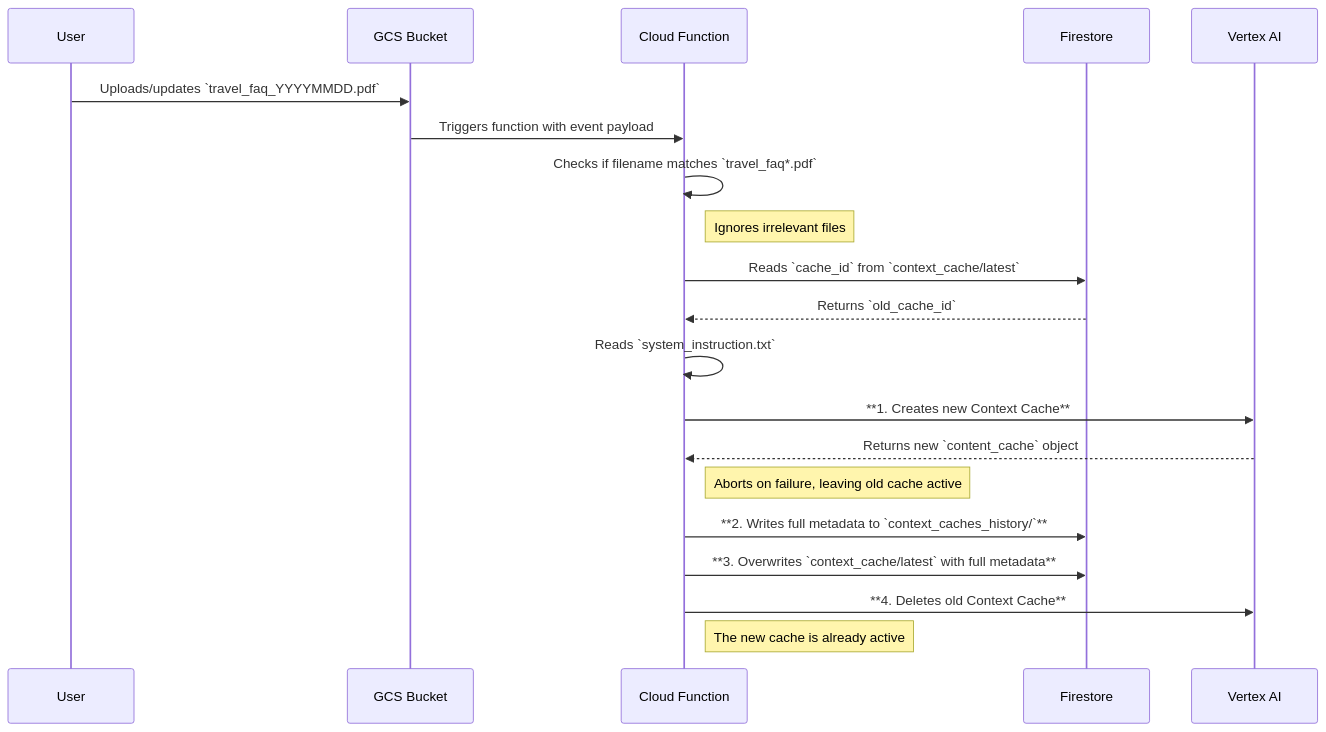
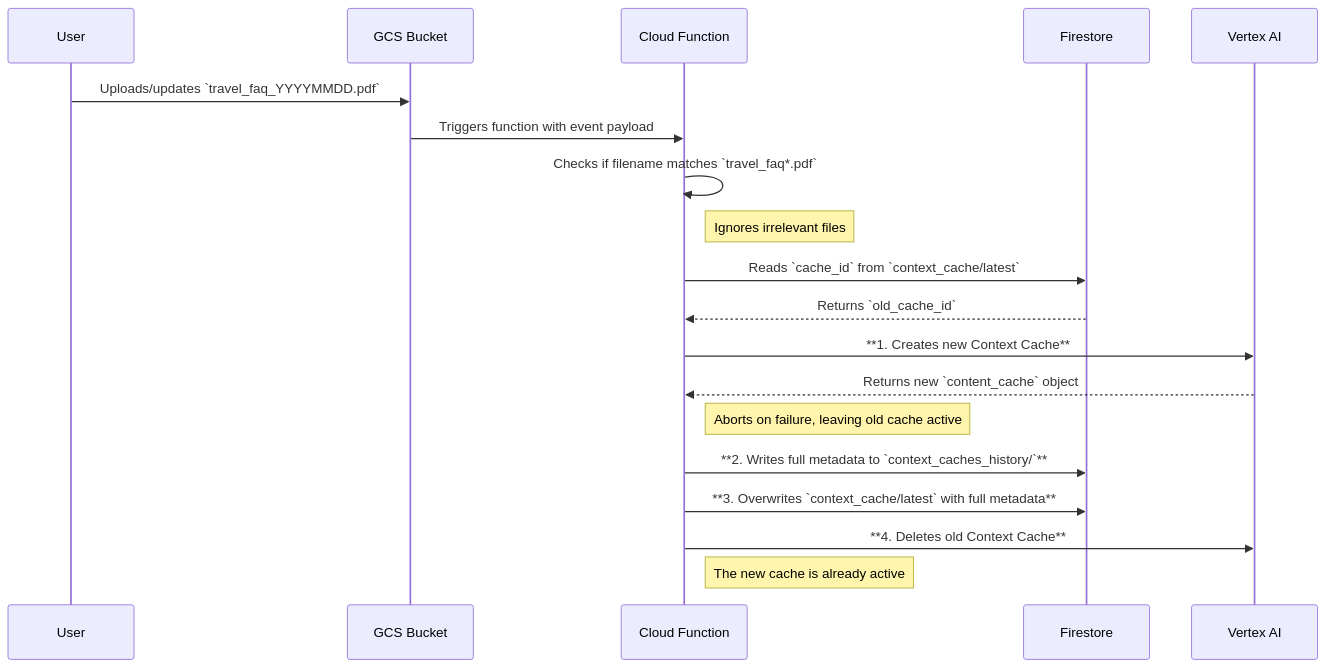
The diagram in README.md (sandipdatta/cache_updater), drawn with Mermaid before and after one commit. The commit also changed other lines of this file and 3 other files, not shown here.

First line of the commit message:
refactor: Remove system instruction from cache updater

````diff
--- a/README.md
+++ b/README.md
@@ -17,29 +17,28 @@
 ```mermaid
 sequenceDiagram
     participant User
     participant GCS Bucket
     participant Cloud Function
     participant Firestore
     participant Vertex AI
 
     User->>GCS Bucket: Uploads/updates `travel_faq_YYYYMMDD.pdf`
     GCS Bucket->>Cloud Function: Triggers function with event payload
     
     Cloud Function->>Cloud Function: Checks if filename matches `travel_faq*.pdf`
     Note right of Cloud Function: Ignores irrelevant files
 
     Cloud Function->>Firestore: Reads `cache_id` from `context_cache/latest`
     Firestore-->>Cloud Function: Returns `old_cache_id`
     
-    Cloud Function->>Cloud Function: Reads `system_instruction.txt`
     Cloud Function->>Vertex AI: **1. Creates new Context Cache**
     Vertex AI-->>Cloud Function: Returns new `content_cache` object
     Note right of Cloud Function: Aborts on failure, leaving old cache active
 
     Cloud Function->>Firestore: **2. Writes full metadata to `context_caches_history/`**
     Cloud Function->>Firestore: **3. Overwrites `context_cache/latest` with full metadata**
     
     Cloud Function->>Vertex AI: **4. Deletes old Context Cache**
     Note right of Cloud Function: The new cache is already active
 
 ```
````
